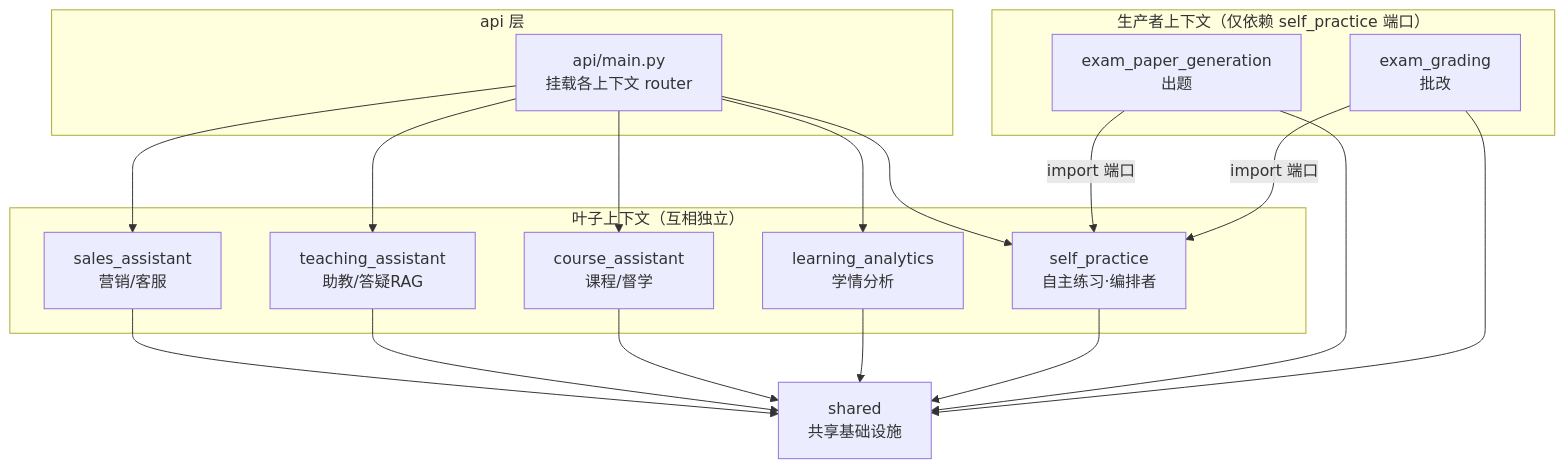
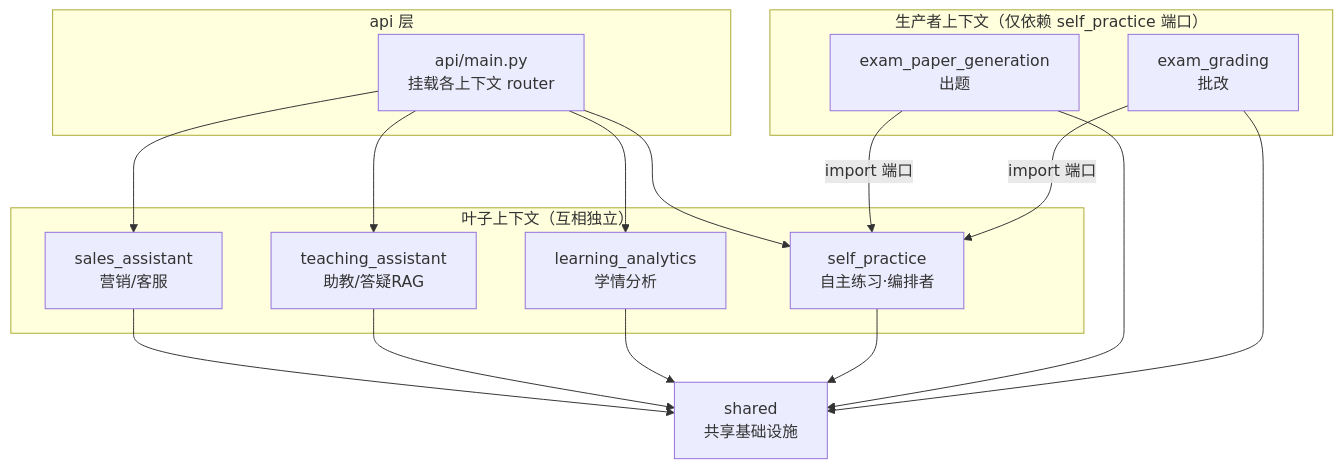
One commit to mbzgit-123/ai-assistant-platform changed the second of 3 diagrams in ReadMe.md. Above: the diagram before and after it, drawn with Mermaid. The commit also changed other lines of this file and 30 other files, not shown here.

Commit message:
the   course_assistant  has been  deleted

````diff
--- a/ReadMe.md
+++ b/ReadMe.md
@@ -194,38 +193,35 @@
 ```mermaid
 graph TB
     subgraph api["api 层"]
         API["api/main.py<br/>挂载各上下文 router"]
     end
 
     subgraph leaf["叶子上下文（互相独立）"]
         sales["sales_assistant<br/>营销/客服"]
         teaching["teaching_assistant<br/>助教/答疑RAG"]
-        course["course_assistant<br/>课程/督学"]
         analytics["learning_analytics<br/>学情分析"]
         practice["self_practice<br/>自主练习·编排者"]
     end
 
     subgraph producer["生产者上下文（仅依赖 self_practice 端口）"]
         gen["exam_paper_generation<br/>出题"]
         grading["exam_grading<br/>批改"]
     end
 
     SHARED["shared<br/>共享基础设施"]
 
     API --> sales
     API --> teaching
-    API --> course
     API --> analytics
     API --> practice
 
     gen -->|import 端口| practice
     grading -->|import 端口| practice
 
     sales --> SHARED
     teaching --> SHARED
-    course --> SHARED
     analytics --> SHARED
     practice --> SHARED
     gen --> SHARED
     grading --> SHARED
 ```
````
